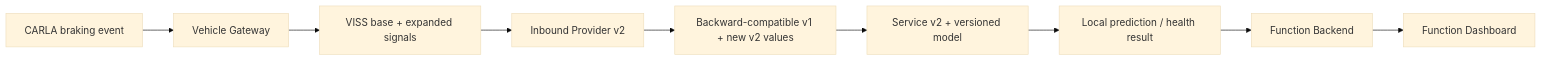
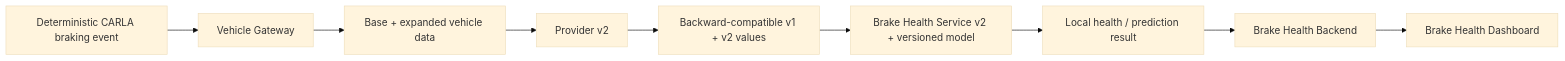
Diagram 11 of 17 in docs/architecture/demo-scenario-architecture-flows.md (alexmaninblack/aosedge-sdv-demo), drawn with Mermaid (base theme) before and after one commit. The commit also changed other lines of this file and 51 other files, not shown here.

````diff
--- a/docs/architecture/demo-scenario-architecture-flows.md
+++ b/docs/architecture/demo-scenario-architecture-flows.md
@@ -360,11 +557,9 @@
 ```mermaid
 flowchart LR
-    CARLA["CARLA braking event"] --> EGO["Vehicle Gateway"]
-    EGO --> VISS["VISS base + expanded signals"]
-    VISS --> P2["Inbound Provider v2"]
-    P2 --> KUKSA["Backward-compatible v1 + new v2 values"]
-    KUKSA --> S2["Service v2 + versioned model"]
-    S2 --> RESULT["Local prediction / health result"]
-    RESULT --> FB["Function Backend"]
-    FB --> FD["Function Dashboard"]
+    SCENE["Deterministic CARLA braking event"] --> GW["Vehicle Gateway"]
+    GW --> VISS["Base + expanded vehicle data"]
+    VISS --> P2["Provider v2"] --> KUKSA["Backward-compatible v1 + v2 values"]
+    KUKSA --> S2["Brake Health Service v2 + versioned model"]
+    S2 --> RESULT["Local health / prediction result"]
+    RESULT --> BE["Brake Health Backend"] --> BD["Brake Health Dashboard"]
 ```
````
